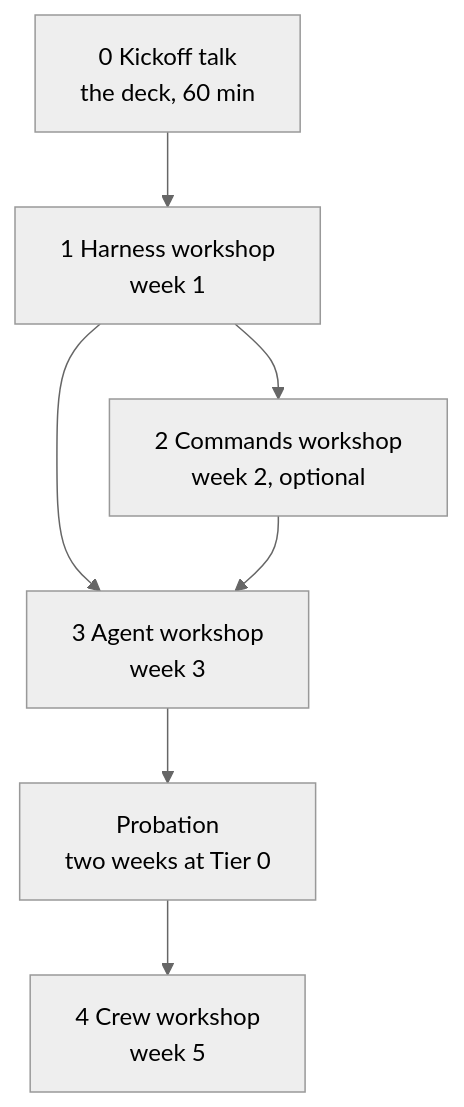
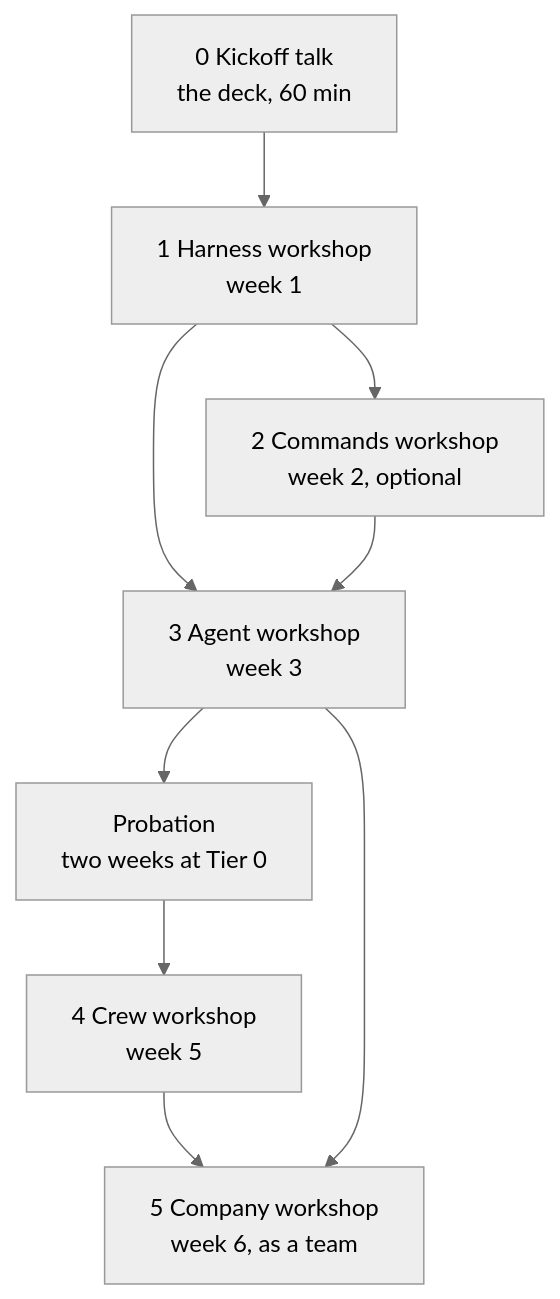
The diagram in workshops/harness/TRAINING.md (Born-MT/claude-code-exercises), drawn with Mermaid (neutral theme) before and after one commit. The commit also changed other lines of this file and 18 other files, not shown here.

First line of the commit message:
Add the company workshop

````diff
--- a/workshops/harness/TRAINING.md
+++ b/workshops/harness/TRAINING.md
@@ -16,9 +17,11 @@
 ```mermaid
 flowchart TD
     K["0 Kickoff talk<br/>the deck, 60 min"] --> H["1 Harness workshop<br/>week 1"]
     H --> C["2 Commands workshop<br/>week 2, optional"]
     H --> A["3 Agent workshop<br/>week 3"]
     C --> A
     A --> P["Probation<br/>two weeks at Tier 0"]
     P --> CR["4 Crew workshop<br/>week 5"]
+    CR --> CO["5 Company workshop<br/>week 6, as a team"]
+    A --> CO
 ```
````
